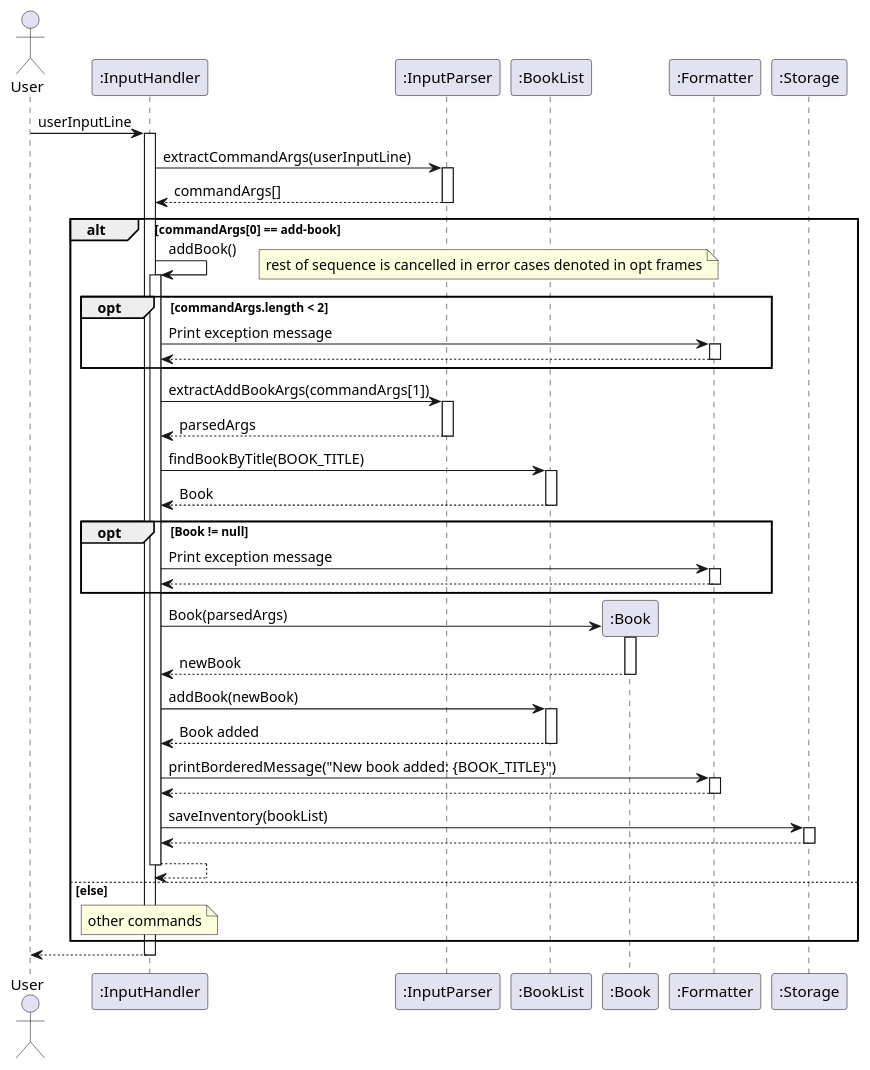
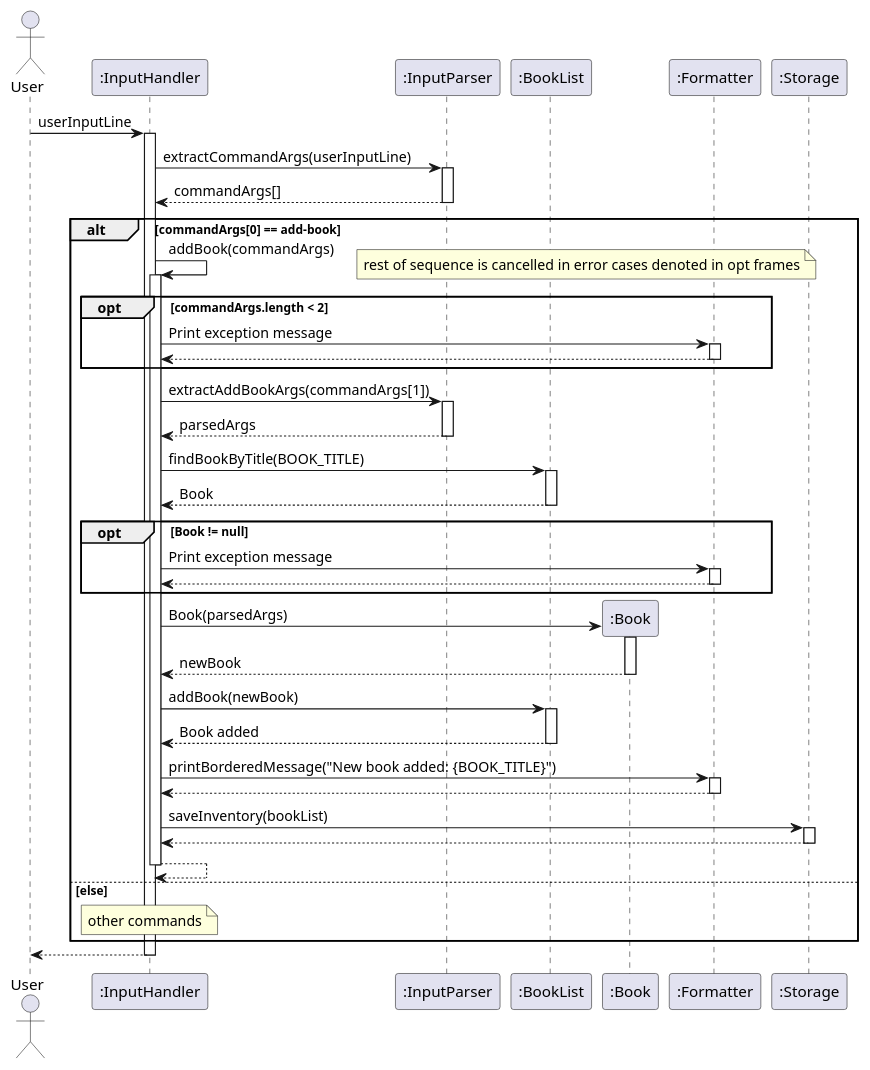
Before and after one commit to AY2425S2-CS2113-T12-2/tp: the diagram in docs/diagrams/addBook.puml, drawn with PlantUML. The commit also changed 15 other files, not shown here.

Commit message:
add commandArgs into the method calls as arguments to reflect actual code

```diff
--- a/docs/diagrams/addBook.puml
+++ b/docs/diagrams/addBook.puml
@@ -1,86 +1,86 @@
 @startuml
 actor User
 participant InputHandler as ":InputHandler"
 participant InputParser as ":InputParser"
 participant BookList as ":BookList"
 participant Book as ":Book"
 participant Formatter as ":Formatter"
 participant Storage as ":Storage"
 
 User -> InputHandler: userInputLine
 activate InputHandler
 
 InputHandler -> InputParser: extractCommandArgs(userInputLine)
 activate InputParser
 
 InputParser --> InputHandler: commandArgs[]
 deactivate InputParser
 
 alt commandArgs[0] == add-book
-    InputHandler -> InputHandler : addBook()
+    InputHandler -> InputHandler : addBook(commandArgs)
     activate InputHandler
 
     opt commandArgs.length < 2
         note right
         rest of sequence is cancelled in error cases denoted in opt frames
         end note
         InputHandler -> Formatter: Print exception message
         activate Formatter
         Formatter --> InputHandler
         deactivate Formatter
     end
 
     InputHandler -> InputParser: extractAddBookArgs(commandArgs[1])
     activate InputParser
 
     InputParser --> InputHandler: parsedArgs
     deactivate InputParser
 
     InputHandler -> BookList: findBookByTitle(BOOK_TITLE)
     activate BookList
 
     BookList --> InputHandler: Book
     deactivate BookList
 
     opt Book != null
         InputHandler -> Formatter: Print exception message
         activate Formatter
         Formatter --> InputHandler
         deactivate Formatter
     end
 
     InputHandler -> Book ** : Book(parsedArgs)
     activate Book
 
     Book --> InputHandler : newBook
     deactivate Book
 
     InputHandler -> BookList: addBook(newBook)
     activate BookList
 
 
     BookList --> InputHandler: Book added
     deactivate BookList
 
     InputHandler -> Formatter: printBorderedMessage("New book added: {BOOK_TITLE}")
     activate Formatter
 
     Formatter --> InputHandler
     deactivate Formatter
 
     InputHandler -> Storage: saveInventory(bookList)
     activate Storage
 
     Storage --> InputHandler
     deactivate Storage
 
 InputHandler --> InputHandler
 deactivate InputHandler
 
 else else
     note over InputHandler : other commands
 end
 
 InputHandler --> User
 deactivate InputHandler
 @enduml
```
